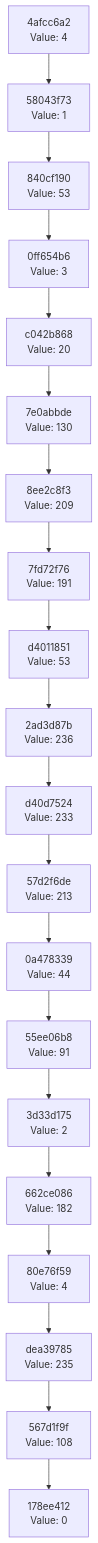
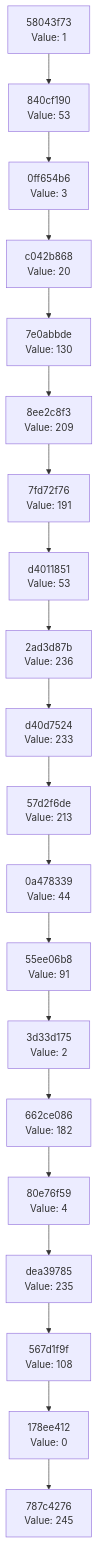
The diagram in docs/CHAIN_VISUALIZATION.md (Abhisheksinha1506/hash-chain-evolver), drawn with Mermaid before and after one commit. The commit also changed 3 other files, not shown here.

````diff
--- a/docs/CHAIN_VISUALIZATION.md
+++ b/docs/CHAIN_VISUALIZATION.md
@@ -3,42 +3,42 @@
 ```mermaid
 graph TD
-    C0["178ee412<br/>Value: 0"]
-    C1["567d1f9f<br/>Value: 108"]
+    C0["787c4276<br/>Value: 245"]
+    C1["178ee412<br/>Value: 0"]
     C1 --> C0
-    C2["dea39785<br/>Value: 235"]
+    C2["567d1f9f<br/>Value: 108"]
     C2 --> C1
-    C3["80e76f59<br/>Value: 4"]
+    C3["dea39785<br/>Value: 235"]
     C3 --> C2
-    C4["662ce086<br/>Value: 182"]
+    C4["80e76f59<br/>Value: 4"]
     C4 --> C3
-    C5["3d33d175<br/>Value: 2"]
+    C5["662ce086<br/>Value: 182"]
     C5 --> C4
-    C6["55ee06b8<br/>Value: 91"]
+    C6["3d33d175<br/>Value: 2"]
     C6 --> C5
-    C7["0a478339<br/>Value: 44"]
+    C7["55ee06b8<br/>Value: 91"]
     C7 --> C6
-    C8["57d2f6de<br/>Value: 213"]
+    C8["0a478339<br/>Value: 44"]
     C8 --> C7
-    C9["d40d7524<br/>Value: 233"]
+    C9["57d2f6de<br/>Value: 213"]
     C9 --> C8
-    C10["2ad3d87b<br/>Value: 236"]
+    C10["d40d7524<br/>Value: 233"]
     C10 --> C9
-    C11["d4011851<br/>Value: 53"]
+    C11["2ad3d87b<br/>Value: 236"]
     C11 --> C10
-    C12["7fd72f76<br/>Value: 191"]
+    C12["d4011851<br/>Value: 53"]
     C12 --> C11
-    C13["8ee2c8f3<br/>Value: 209"]
+    C13["7fd72f76<br/>Value: 191"]
     C13 --> C12
-    C14["7e0abbde<br/>Value: 130"]
+    C14["8ee2c8f3<br/>Value: 209"]
     C14 --> C13
-    C15["c042b868<br/>Value: 20"]
+    C15["7e0abbde<br/>Value: 130"]
     C15 --> C14
-    C16["0ff654b6<br/>Value: 3"]
+    C16["c042b868<br/>Value: 20"]
     C16 --> C15
-    C17["840cf190<br/>Value: 53"]
+    C17["0ff654b6<br/>Value: 3"]
     C17 --> C16
-    C18["58043f73<br/>Value: 1"]
+    C18["840cf190<br/>Value: 53"]
     C18 --> C17
-    C19["4afcc6a2<br/>Value: 4"]
+    C19["58043f73<br/>Value: 1"]
     C19 --> C18
 ```
````
